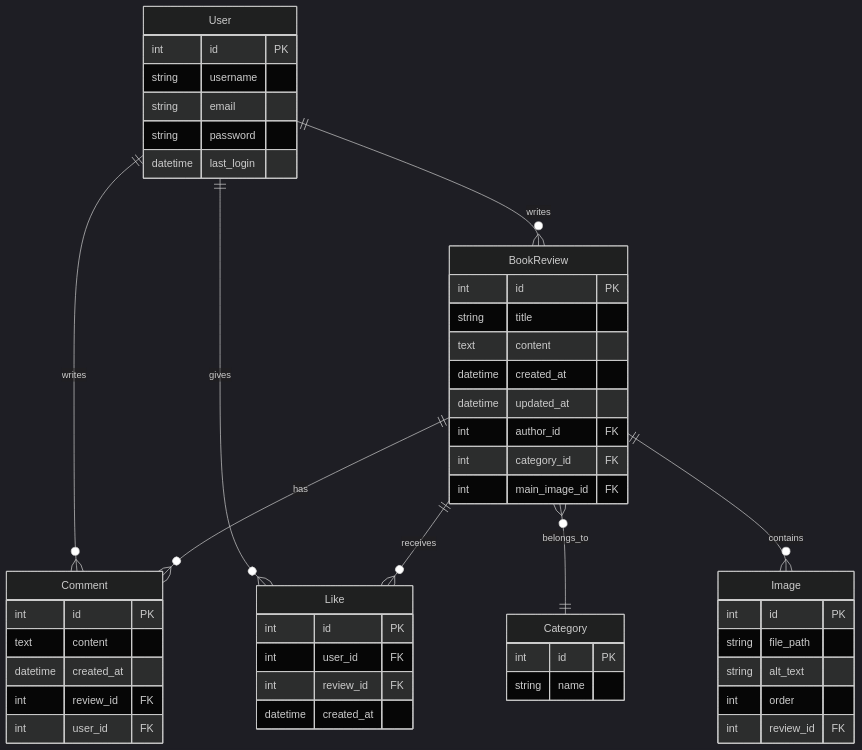
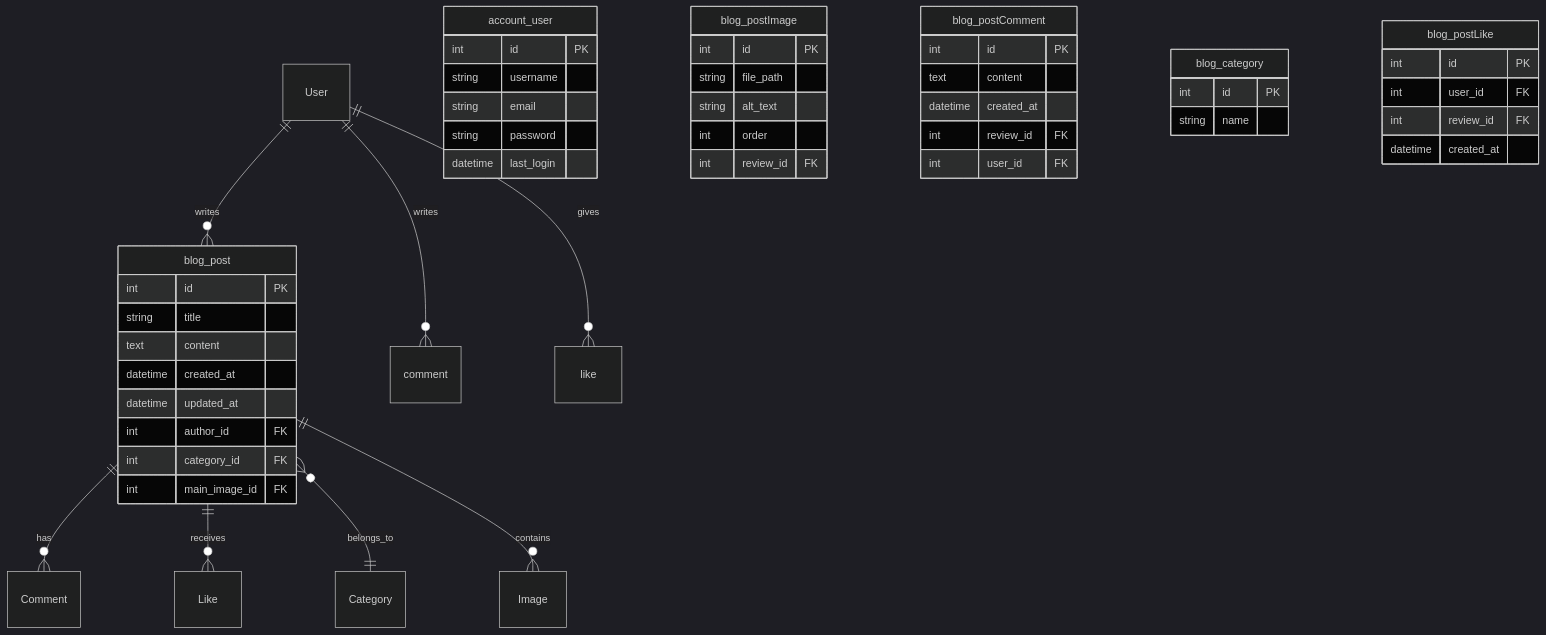
Before and after one commit to cheeou/Django-blog-project: the second of 2 diagrams in README.md, drawn with Mermaid (dark theme). The commit also changed other lines of this file, not shown here.

````diff
--- a/README.md
+++ b/README.md
@@ -32,52 +34,52 @@
 ```mermaid
 erDiagram
-    User ||--o{ BookReview : writes
-    User ||--o{ Comment : writes
-    User ||--o{ Like : gives
-    BookReview ||--o{ Comment : has
-    BookReview ||--o{ Like : receives
-    BookReview }o--|| Category : belongs_to
-    BookReview ||--o{ Image : contains
+    User ||--o{ blog_post : writes
+    User ||--o{ comment : writes
+    User ||--o{ like : gives
+    blog_post ||--o{ Comment : has
+    blog_post ||--o{ Like : receives
+    blog_post }o--|| Category : belongs_to
+    blog_post ||--o{ Image : contains
 
-    User {
+    account_user {
         int id PK
         string username
         string email
         string password
         datetime last_login
     }
-    BookReview {
+    blog_post {
         int id PK
         string title
         text content
         datetime created_at
         datetime updated_at
         int author_id FK
         int category_id FK
         int main_image_id FK
     }
-    Image {
+    blog_postImage {
         int id PK
         string file_path
         string alt_text
         int order
         int review_id FK
     }
-    Comment {
+    blog_postComment {
         int id PK
         text content
         datetime created_at
         int review_id FK
         int user_id FK
     }
-    Category {
+    blog_category {
         int id PK
         string name
     }
-    Like {
+    blog_postLike {
         int id PK
         int user_id FK
         int review_id FK
         datetime created_at
     }
 ```
````
